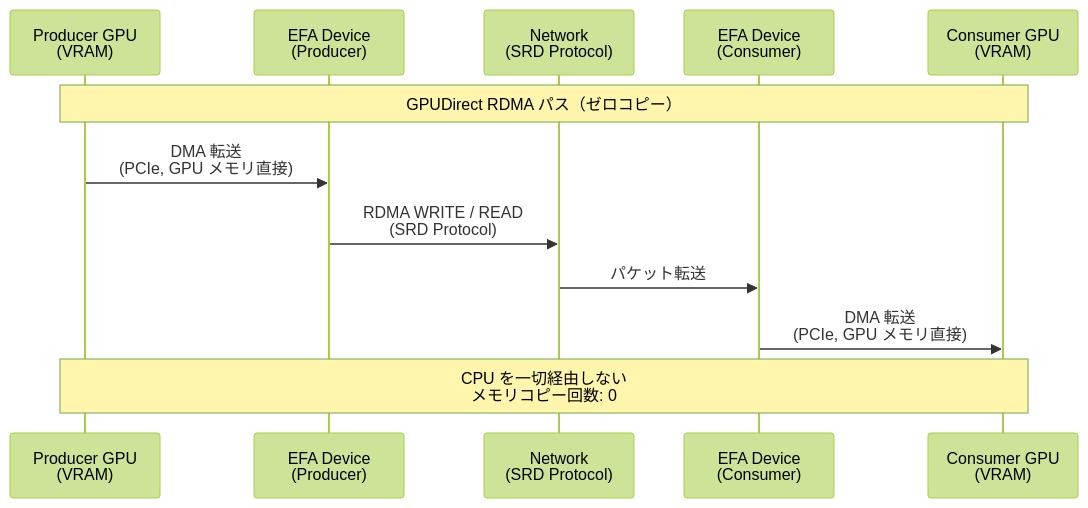
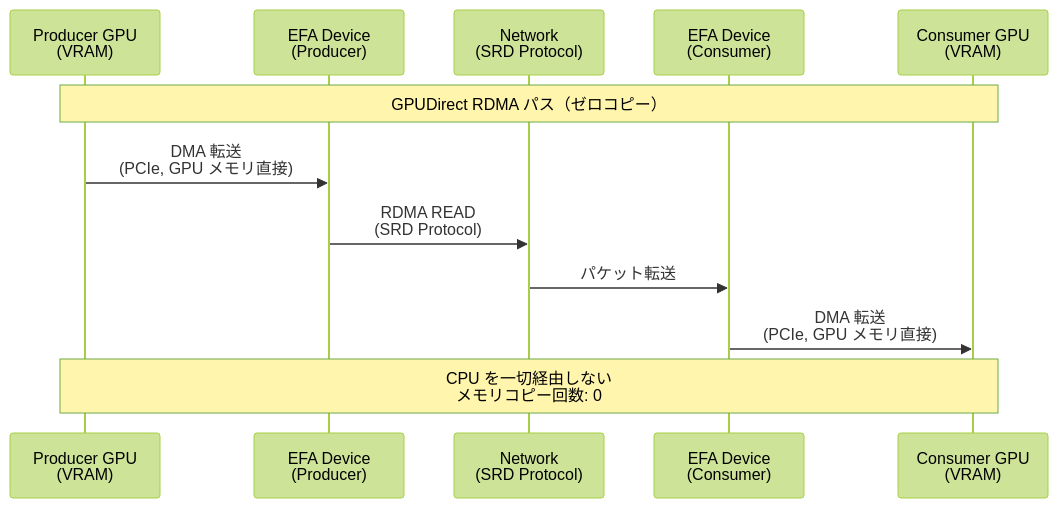
The fifth of 9 diagrams in articles/3dd524130320d3.md (littlemex/zenn), drawn with Mermaid (forest theme) before and after one commit. The commit also changed other lines of this file, not shown here.

````diff
--- a/articles/3dd524130320d3.md
+++ b/articles/3dd524130320d3.md
@@ -206,14 +247,14 @@
 ```mermaid
 sequenceDiagram
     participant Producer_GPU as Producer GPU<br/>(VRAM)
     participant EFA_P as EFA Device<br/>(Producer)
     participant Network as Network<br/>(SRD Protocol)
     participant EFA_C as EFA Device<br/>(Consumer)
     participant Consumer_GPU as Consumer GPU<br/>(VRAM)
     Note over Producer_GPU,Consumer_GPU: GPUDirect RDMA パス（ゼロコピー）
     Producer_GPU->>EFA_P: DMA 転送<br/>(PCIe, GPU メモリ直接)
-    EFA_P->>Network: RDMA WRITE / READ<br/>(SRD Protocol)
+    EFA_P->>Network: RDMA READ<br/>(SRD Protocol)
     Network->>EFA_C: パケット転送
     EFA_C->>Consumer_GPU: DMA 転送<br/>(PCIe, GPU メモリ直接)
     Note over Producer_GPU,Consumer_GPU: CPU を一切経由しない<br/>メモリコピー回数: 0
 ```
````
